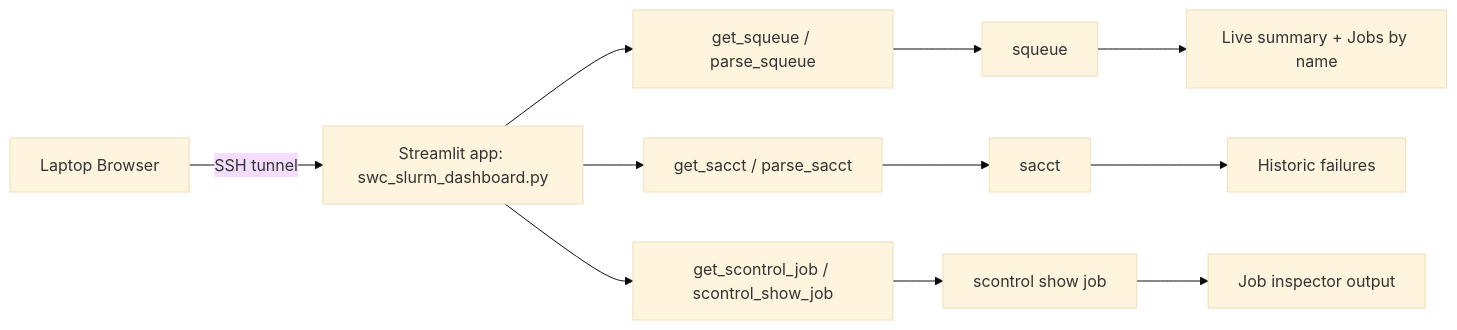
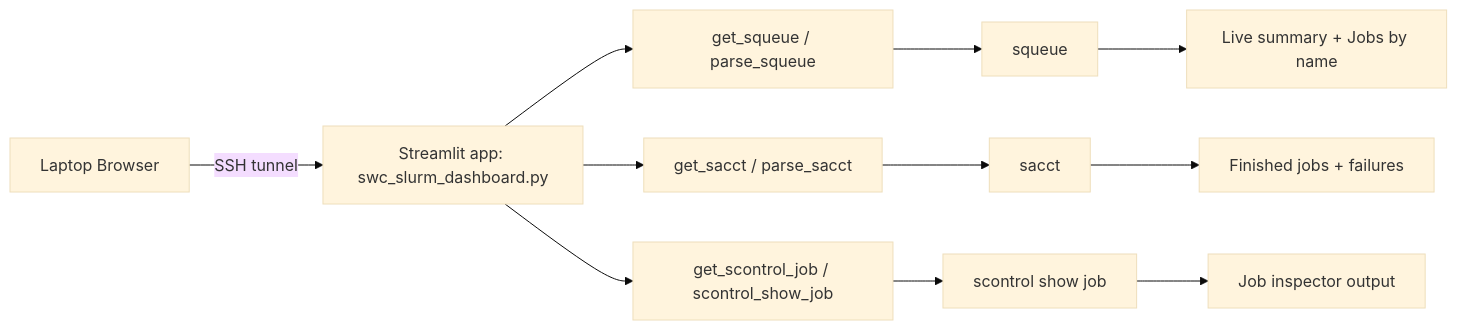
One commit to LIMLabSWC/slurm_dashboard changed the diagram in ARCHITECTURE.md. Above: the diagram before and after it, drawn with Mermaid (base theme). The commit also changed other lines of this file and 2 other files, not shown here.

First line of the commit message:
Add finished-jobs view, history window, and Help tab

````diff
--- a/ARCHITECTURE.md
+++ b/ARCHITECTURE.md
@@ -22,13 +23,13 @@
 ```mermaid
 flowchart LR
     A[Laptop Browser] -->|SSH tunnel| B[Streamlit app: swc_slurm_dashboard.py]
     B --> C[get_squeue / parse_squeue]
     B --> D[get_sacct / parse_sacct]
     B --> E[get_scontrol_job / scontrol_show_job]
     C --> F[squeue]
     D --> G[sacct]
     E --> H[scontrol show job]
     F --> I[Live summary + Jobs by name]
-    G --> J[Historic failures]
+    G --> J[Finished jobs + failures]
     H --> K[Job inspector output]
 ```
````
